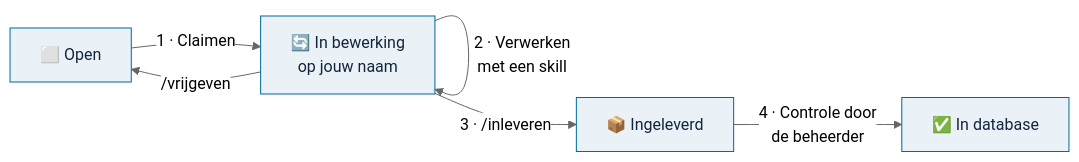
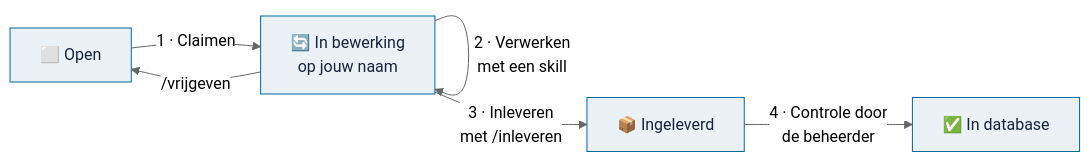
Before and after one commit to Robert-Worm/omnibus: the diagram in docs/bijdragen/README.md, drawn with Mermaid (neutral theme). The commit also changed other lines of this file and 19 other files, not shown here.

````diff
--- a/docs/bijdragen/README.md
+++ b/docs/bijdragen/README.md
@@ -27,9 +29,9 @@
 ```mermaid
 flowchart LR
     A["⬜ Open"] -->|"1 · Claimen"| B["🔄 In bewerking<br/>op jouw naam"]
     B -->|"2 · Verwerken<br/>met een skill"| B
-    B -->|"3 · /inleveren"| C["📦 Ingeleverd"]
+    B -->|"3 · Inleveren<br/>met /inleveren"| C["📦 Ingeleverd"]
     C -->|"4 · Controle door<br/>de beheerder"| D["✅ In database"]
     B -->|"/vrijgeven"| A
     classDef default fill:#eaf2f8,stroke:#01689b,color:#15233b;
 ```
````
